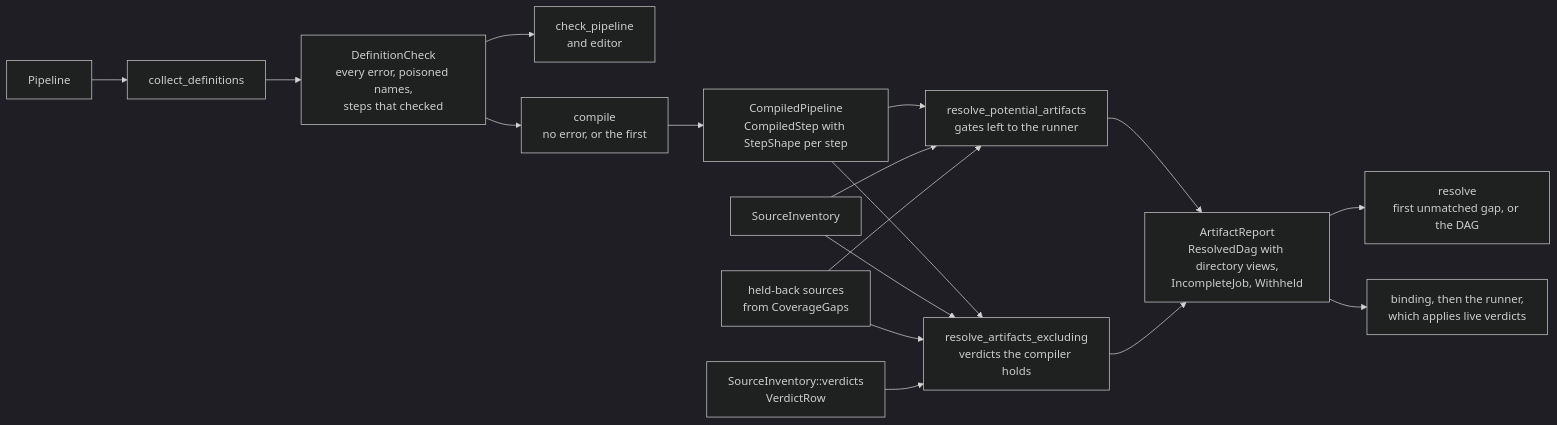
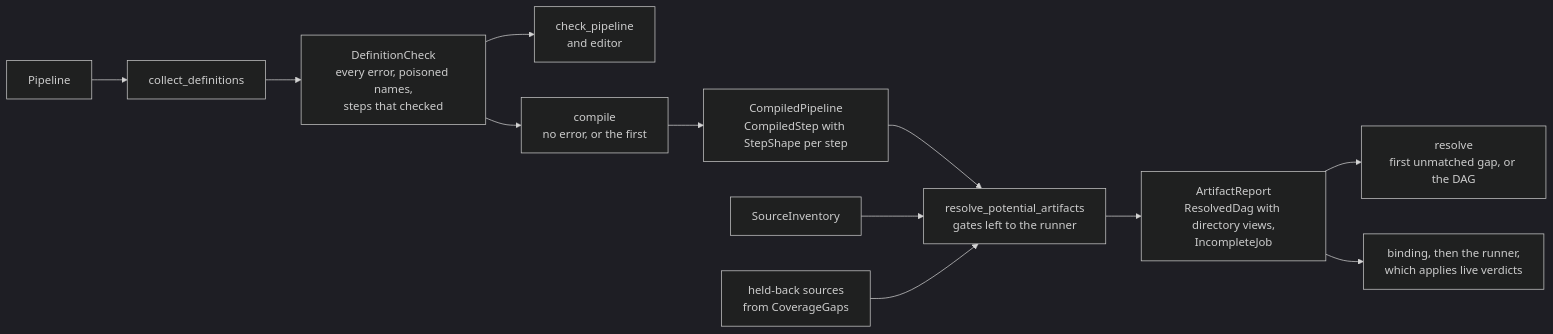
The diagram in docs/architecture/resolution.md (eclnz/spit), drawn with Mermaid (dark theme) before and after one commit. The commit also changed other lines of this file and 28 other files, not shown here.

````diff
--- a/docs/architecture/resolution.md
+++ b/docs/architecture/resolution.md
@@ -5,19 +5,14 @@
 ```mermaid
 flowchart LR
     pipeline["Pipeline"] --> check["collect_definitions"]
     check --> report["DefinitionCheck<br/>every error, poisoned names,<br/>steps that checked"]
     report --> diagnostics["check_pipeline<br/>and editor"]
     report --> compile["compile<br/>no error, or the first"]
     compile --> compiled["CompiledPipeline<br/>CompiledStep with StepShape per step"]
     compiled --> potential["resolve_potential_artifacts<br/>gates left to the runner"]
-    compiled --> expand["resolve_artifacts_excluding<br/>verdicts the compiler holds"]
     inventory["SourceInventory"] --> potential
-    inventory --> expand
     held["held-back sources<br/>from CoverageGaps"] --> potential
-    held --> expand
-    verdicts["SourceInventory::verdicts<br/>VerdictRow"] --> expand
-    potential --> artifacts["ArtifactReport<br/>ResolvedDag with directory views,<br/>IncompleteJob, Withheld"]
-    expand --> artifacts
+    potential --> artifacts["ArtifactReport<br/>ResolvedDag with directory views,<br/>IncompleteJob"]
     artifacts --> resolve["resolve<br/>first unmatched gap, or the DAG"]
     artifacts --> bind["binding, then the runner,<br/>which applies live verdicts"]
 ```
````
